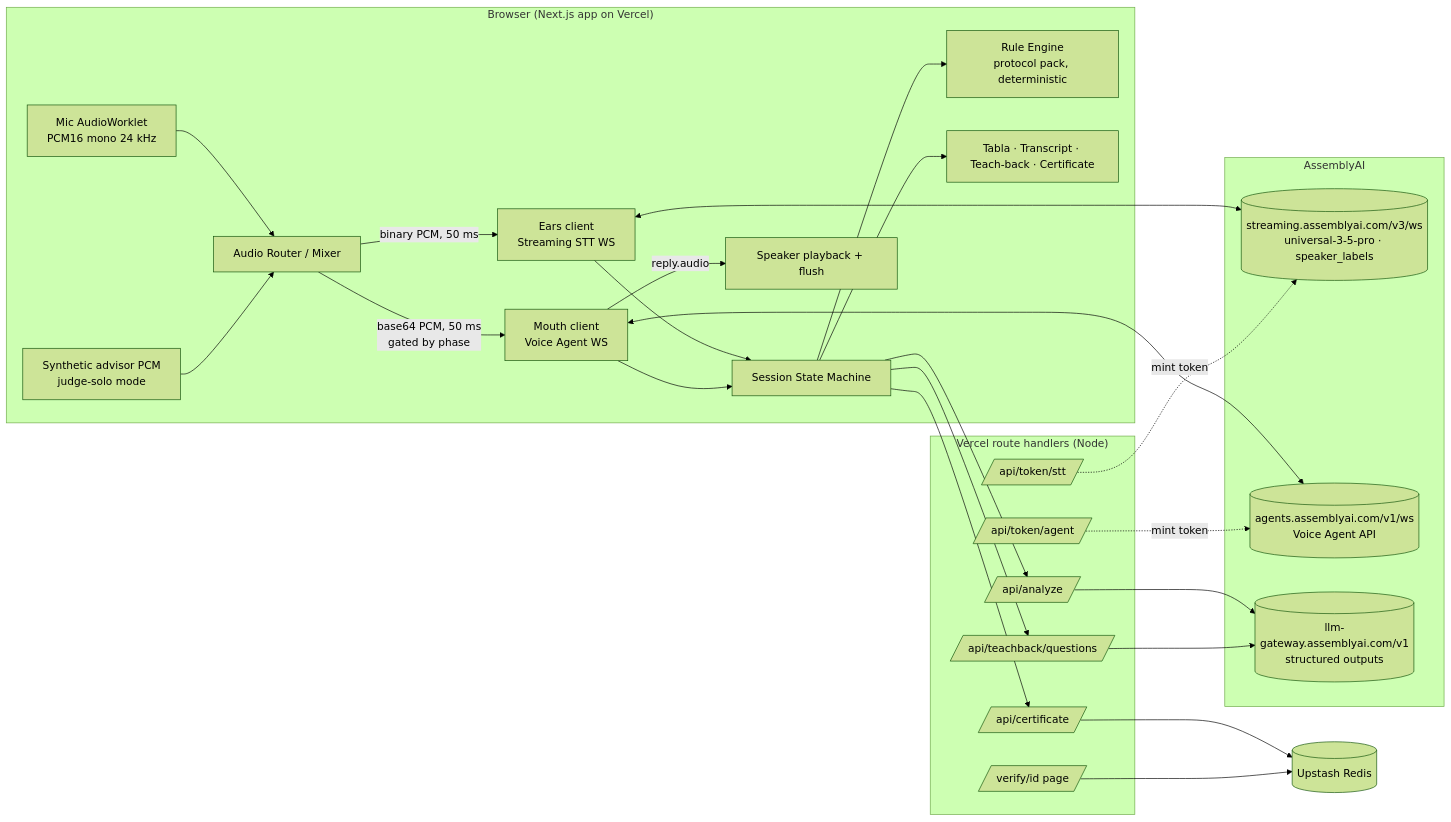
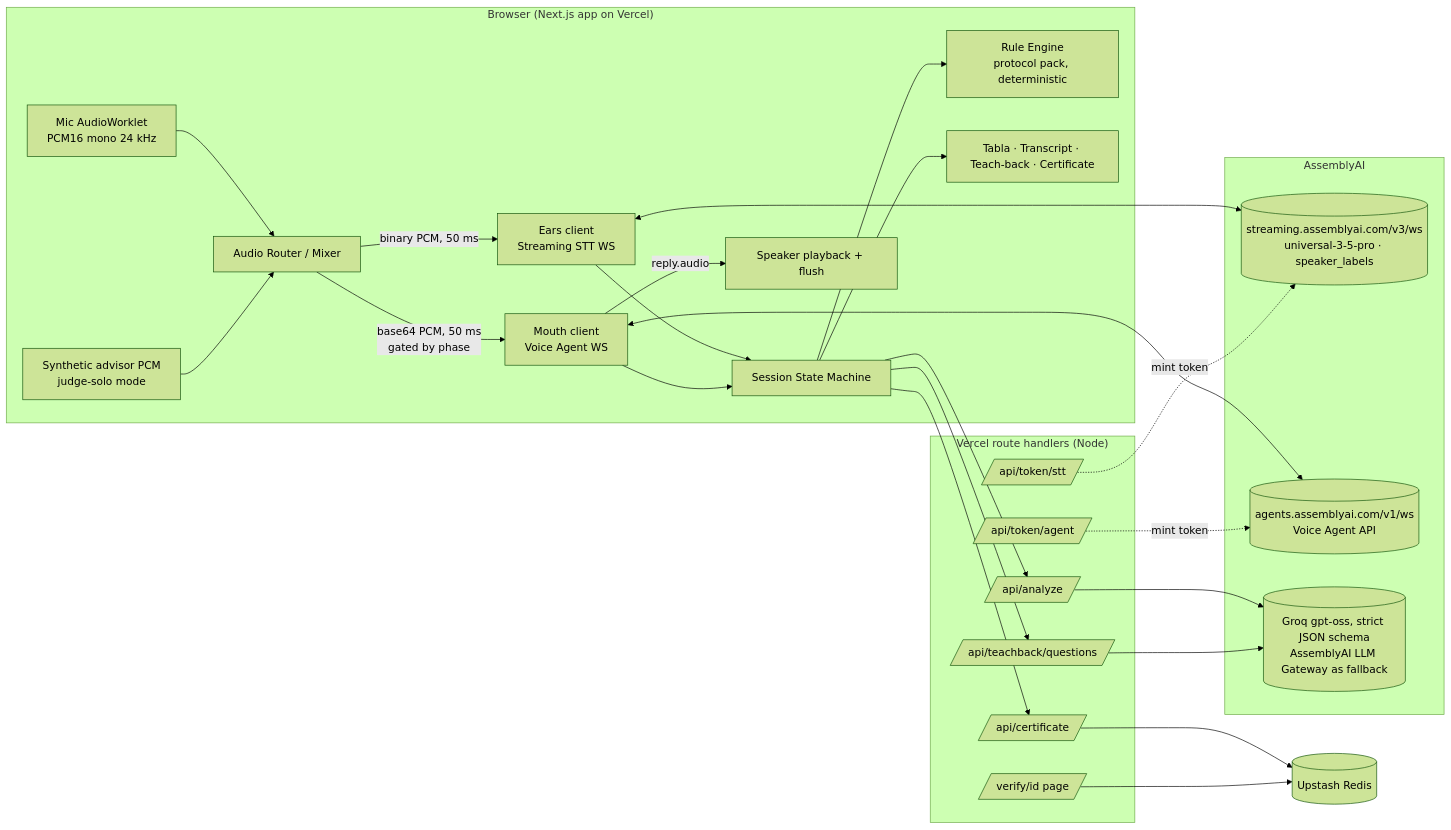
Before and after one commit to MONSTERBOY110/Saakshi: the diagram in README.md, drawn with Mermaid (forest theme). The commit also changed other lines of this file and 20 other files, not shown here.

````diff
--- a/README.md
+++ b/README.md
@@ -115,35 +117,35 @@
 ```mermaid
 flowchart LR
   subgraph Browser["Browser (Next.js app on Vercel)"]
     MIC[Mic AudioWorklet<br/>PCM16 mono 24 kHz] --> MIX[Audio Router / Mixer]
     SYN[Synthetic advisor PCM<br/>judge-solo mode] --> MIX
     MIX -->|binary PCM, 50 ms| EARS[Ears client<br/>Streaming STT WS]
     MIX -->|base64 PCM, 50 ms<br/>gated by phase| MOUTH[Mouth client<br/>Voice Agent WS]
     EARS --> SM[Session State Machine]
     MOUTH --> SM
     SM --> RULES[Rule Engine<br/>protocol pack, deterministic]
     SM --> UI[Tabla · Transcript · Teach-back · Certificate]
     MOUTH -->|reply.audio| SPK[Speaker playback + flush]
   end
   subgraph Vercel["Vercel route handlers (Node)"]
     T1[/api/token/stt/]
     T2[/api/token/agent/]
     AN[/api/analyze/]
     QG[/api/teachback/questions/]
     CERT[/api/certificate/]
     VER[/verify/id page/]
   end
   subgraph AAI["AssemblyAI"]
     STT[(streaming.assemblyai.com/v3/ws<br/>universal-3-5-pro · speaker_labels)]
     VA[(agents.assemblyai.com/v1/ws<br/>Voice Agent API)]
-    LLM[(llm-gateway.assemblyai.com/v1<br/>structured outputs)]
+    LLM[(Groq gpt-oss, strict JSON schema<br/>AssemblyAI LLM Gateway as fallback)]
   end
   EARS <--> STT
   MOUTH <--> VA
   SM --> AN --> LLM
   SM --> QG --> LLM
   SM --> CERT --> KV[(Upstash Redis)]
   VER --> KV
   T1 -.mint token.-> STT
   T2 -.mint token.-> VA
 ```
````
